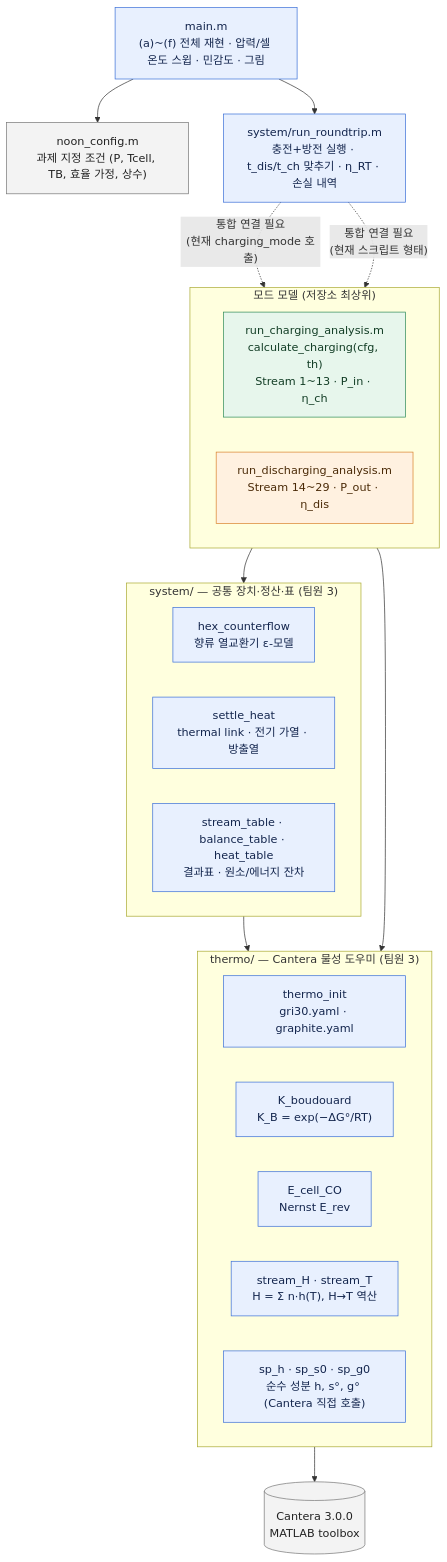
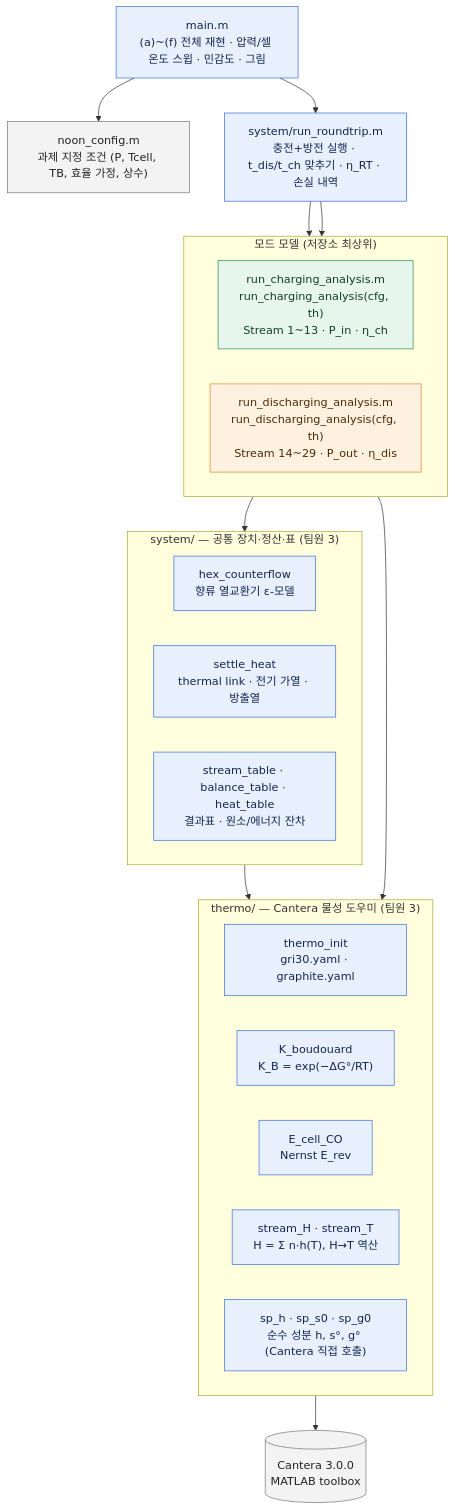
Before and after one commit to Woojeong-2026/Energy-System-Design: the diagram in docs/diagrams/code_structure.mmd, drawn with Mermaid. The commit also changed 6 other files, not shown here.

First line of the commit message:
Connect main.m to run_charging_analysis / run_discharging_analysis

```diff
--- a/docs/diagrams/code_structure.mmd
+++ b/docs/diagrams/code_structure.mmd
@@ -1,42 +1,42 @@
 flowchart TB
     classDef t3 fill:#E8F0FE,stroke:#3B6FD8,color:#13254d
     classDef t1 fill:#E7F6EC,stroke:#2E8B57,color:#123d25
     classDef t2 fill:#FFF1E0,stroke:#D9822B,color:#4a2a07
     classDef cfg fill:#F3F3F3,stroke:#777,color:#222
 
     MAIN["main.m<br/>(a)~(f) 전체 재현 · 압력/셀 온도 스윕 · 민감도 · 그림"]:::t3
     CFG["noon_config.m<br/>과제 지정 조건 (P, Tcell, TB, 효율 가정, 상수)"]:::cfg
     RT["system/run_roundtrip.m<br/>충전+방전 실행 · t_dis/t_ch 맞추기 · η_RT · 손실 내역"]:::t3
 
     subgraph MODES["모드 모델 (저장소 최상위)"]
         direction LR
-        CH["run_charging_analysis.m<br/>calculate_charging(cfg, th)<br/>Stream 1~13 · P_in · η_ch"]:::t1
-        DIS["run_discharging_analysis.m<br/>Stream 14~29 · P_out · η_dis"]:::t2
+        CH["run_charging_analysis.m<br/>run_charging_analysis(cfg, th)<br/>Stream 1~13 · P_in · η_ch"]:::t1
+        DIS["run_discharging_analysis.m<br/>run_discharging_analysis(cfg, th)<br/>Stream 14~29 · P_out · η_dis"]:::t2
     end
 
     subgraph SYS["system/ — 공통 장치·정산·표 (팀원 3)"]
         direction LR
         HEX["hex_counterflow<br/>향류 열교환기 ε-모델"]:::t3
         SET["settle_heat<br/>thermal link · 전기 가열 · 방출열"]:::t3
         TAB["stream_table · balance_table · heat_table<br/>결과표 · 원소/에너지 잔차"]:::t3
     end
 
     subgraph TH["thermo/ — Cantera 물성 도우미 (팀원 3)"]
         direction LR
         INIT["thermo_init<br/>gri30.yaml · graphite.yaml"]:::t3
         KB["K_boudouard<br/>K_B = exp(−ΔG°/RT)"]:::t3
         EC["E_cell_CO<br/>Nernst E_rev"]:::t3
         SH["stream_H · stream_T<br/>H = Σ n·h(T), H→T 역산"]:::t3
         SP["sp_h · sp_s0 · sp_g0<br/>순수 성분 h, s°, g° (Cantera 직접 호출)"]:::t3
     end
 
     CANTERA[("Cantera 3.0.0<br/>MATLAB toolbox")]:::cfg
 
     MAIN --> CFG
     MAIN --> RT
-    RT -. "통합 연결 필요<br/>(현재 charging_mode 호출)" .-> CH
-    RT -. "통합 연결 필요<br/>(현재 스크립트 형태)" .-> DIS
+    RT --> CH
+    RT --> DIS
     MODES --> SYS
     MODES --> TH
     SYS --> TH
     TH --> CANTERA
```
